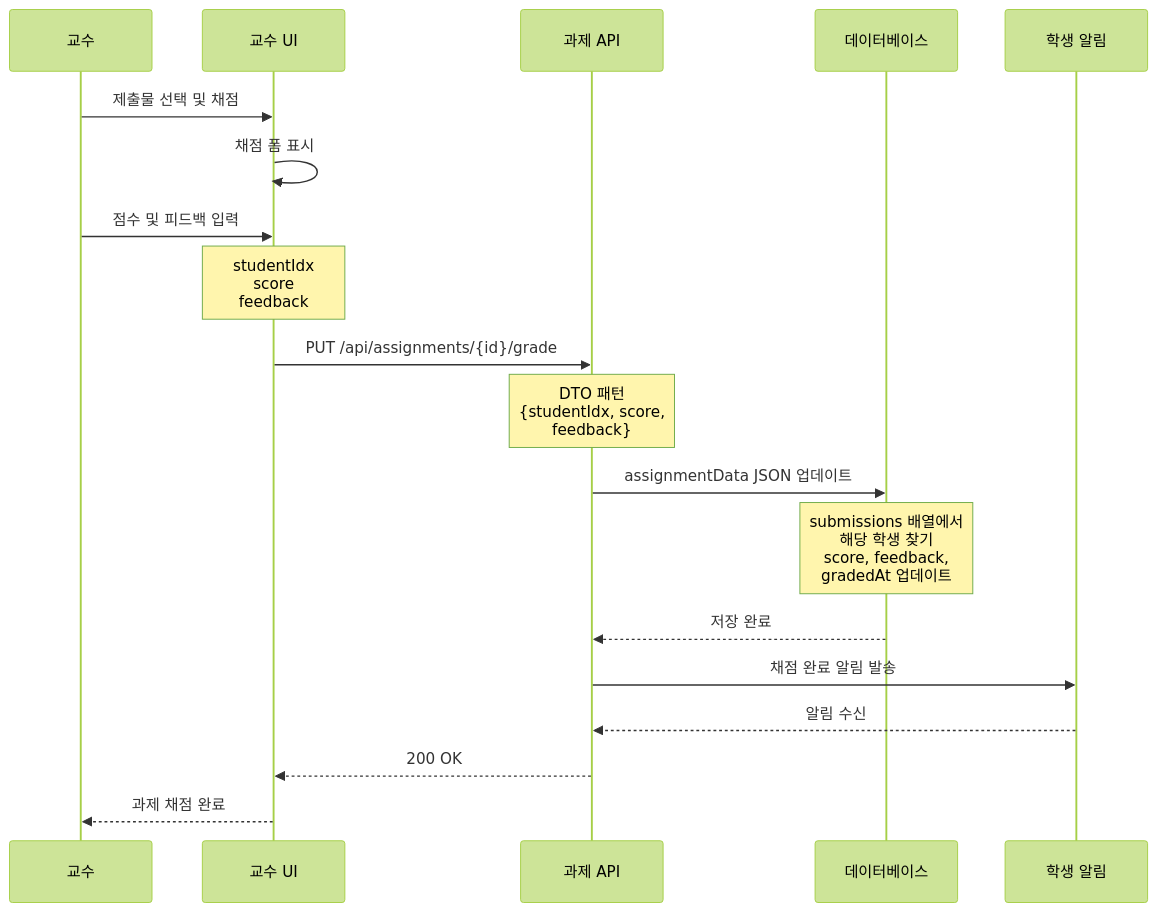
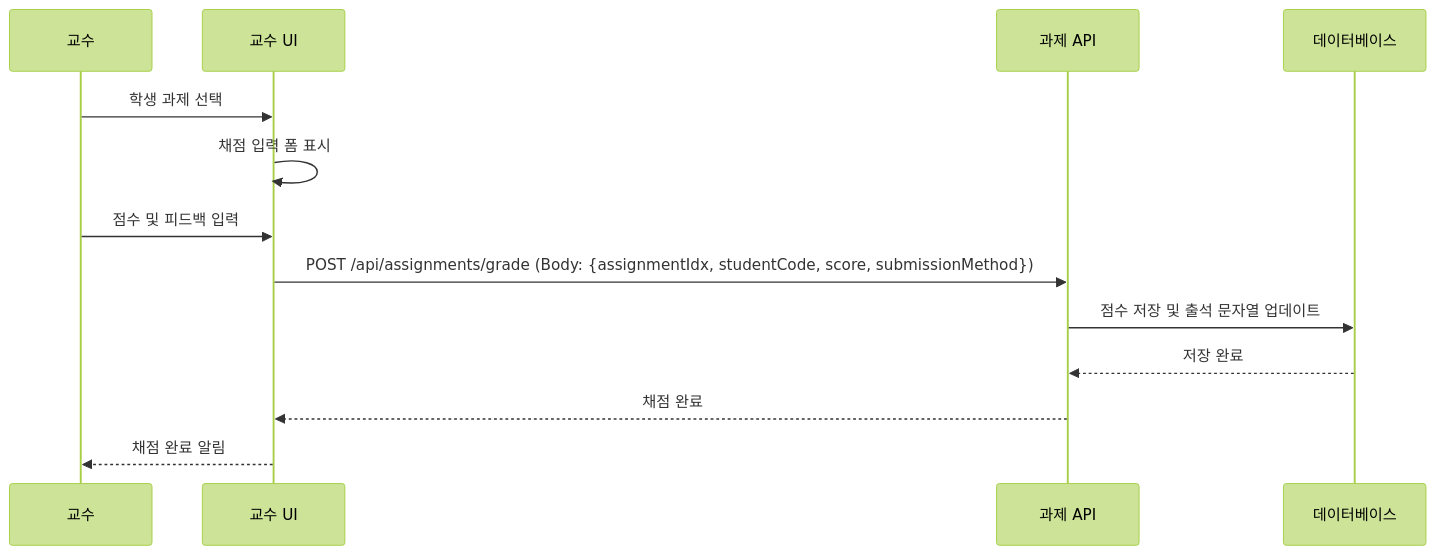
Before and after one commit to hooting76/blue-crab-lms: the seventh of 9 diagrams in backend/BlueCrab/docs/강의관련기능/05-교수플로우.md, drawn with Mermaid (forest theme). The commit also changed other lines of this file and 19 other files, not shown here.

````diff
--- a/backend/BlueCrab/docs/강의관련기능/05-교수플로우.md
+++ b/backend/BlueCrab/docs/강의관련기능/05-교수플로우.md
@@ -1051,27 +276,17 @@
 ```mermaid
 sequenceDiagram
     participant Professor as 교수
     participant UI as 교수 UI
     participant API as 과제 API
     participant DB as 데이터베이스
-    participant Student as 학생 알림
 
-    Professor->>UI: 제출물 선택 및 채점
-    UI->>UI: 채점 폼 표시
+    Professor->>UI: 학생 과제 선택
+    UI->>UI: 채점 입력 폼 표시
 
     Professor->>UI: 점수 및 피드백 입력
-    Note over UI: studentIdx<br/>score<br/>feedback
-
-    UI->>API: PUT /api/assignments/{id}/grade
-    Note over API: DTO 패턴<br/>{studentIdx, score,<br/>feedback}
-
-    API->>DB: assignmentData JSON 업데이트
-    Note over DB: submissions 배열에서<br/>해당 학생 찾기<br/>score, feedback,<br/>gradedAt 업데이트
-
+    UI->>API: POST /api/assignments/grade (Body: {assignmentIdx, studentCode, score, submissionMethod})
+    API->>DB: 점수 저장 및 출석 문자열 업데이트
     DB-->>API: 저장 완료
-    API->>Student: 채점 완료 알림 발송
-    Student-->>API: 알림 수신
-
-    API-->>UI: 200 OK
-    UI-->>Professor: 과제 채점 완료
+    API-->>UI: 채점 완료
+    UI-->>Professor: 채점 완료 알림
 ```
````
